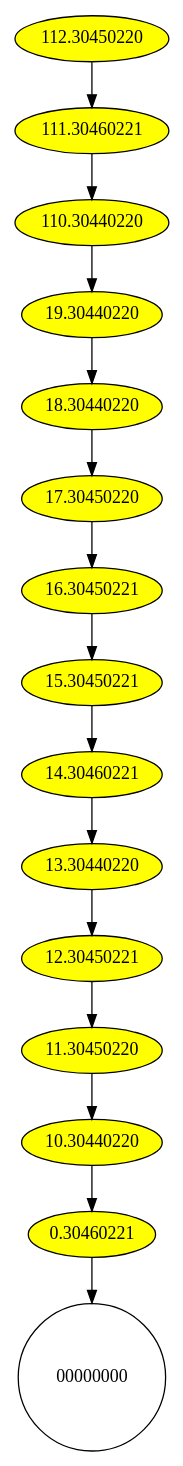
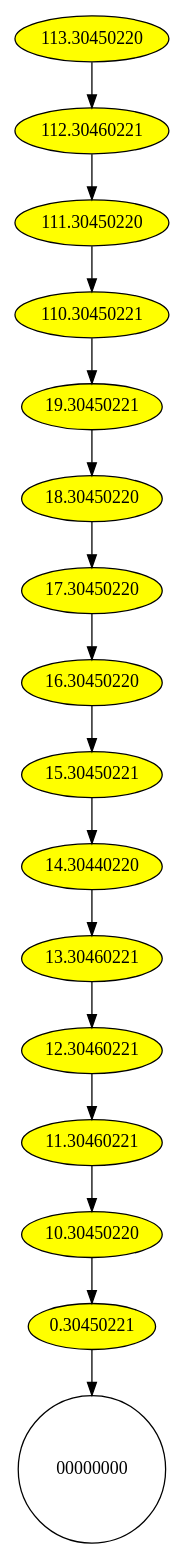
The diagram in CORE/validator/DAG.gv (DGT-Network/DGT-Matagami), drawn with Graphviz before and after one commit. The commit also changed 7 other files, not shown here.

```diff
--- a/CORE/validator/DAG.gv
+++ b/CORE/validator/DAG.gv
@@ -1,19 +1,20 @@
 digraph DAG {
 {
- node [style="filled", fillcolor="yellow", fontcolor="black", margin="0.01"]"112.30450220" -> "111.30460221";
-"111.30460221" -> "110.30440220";
-"110.30440220" -> "19.30440220";
-"19.30440220" -> "18.30440220";
-"18.30440220" -> "17.30450220";
-"17.30450220" -> "16.30450221";
-"16.30450221" -> "15.30450221";
-"15.30450221" -> "14.30460221";
-"14.30460221" -> "13.30440220";
-"13.30440220" -> "12.30450221";
-"12.30450221" -> "11.30450220";
-"11.30450220" -> "10.30440220";
-"10.30440220" -> "0.30460221";
+ node [style="filled", fillcolor="yellow", fontcolor="black", margin="0.01"]"113.30450220" -> "112.30460221";
+"112.30460221" -> "111.30450220";
+"111.30450220" -> "110.30450221";
+"110.30450221" -> "19.30450221";
+"19.30450221" -> "18.30450220";
+"18.30450220" -> "17.30450220";
+"17.30450220" -> "16.30450220";
+"16.30450220" -> "15.30450221";
+"15.30450221" -> "14.30440220";
+"14.30440220" -> "13.30460221";
+"13.30460221" -> "12.30460221";
+"12.30460221" -> "11.30460221";
+"11.30460221" -> "10.30450220";
+"10.30450220" -> "0.30450221";
 }
-"0.30460221" -> "00000000";
+"0.30450221" -> "00000000";
 "00000000" [fillcolor="red",shape="circle"];
 }
```
